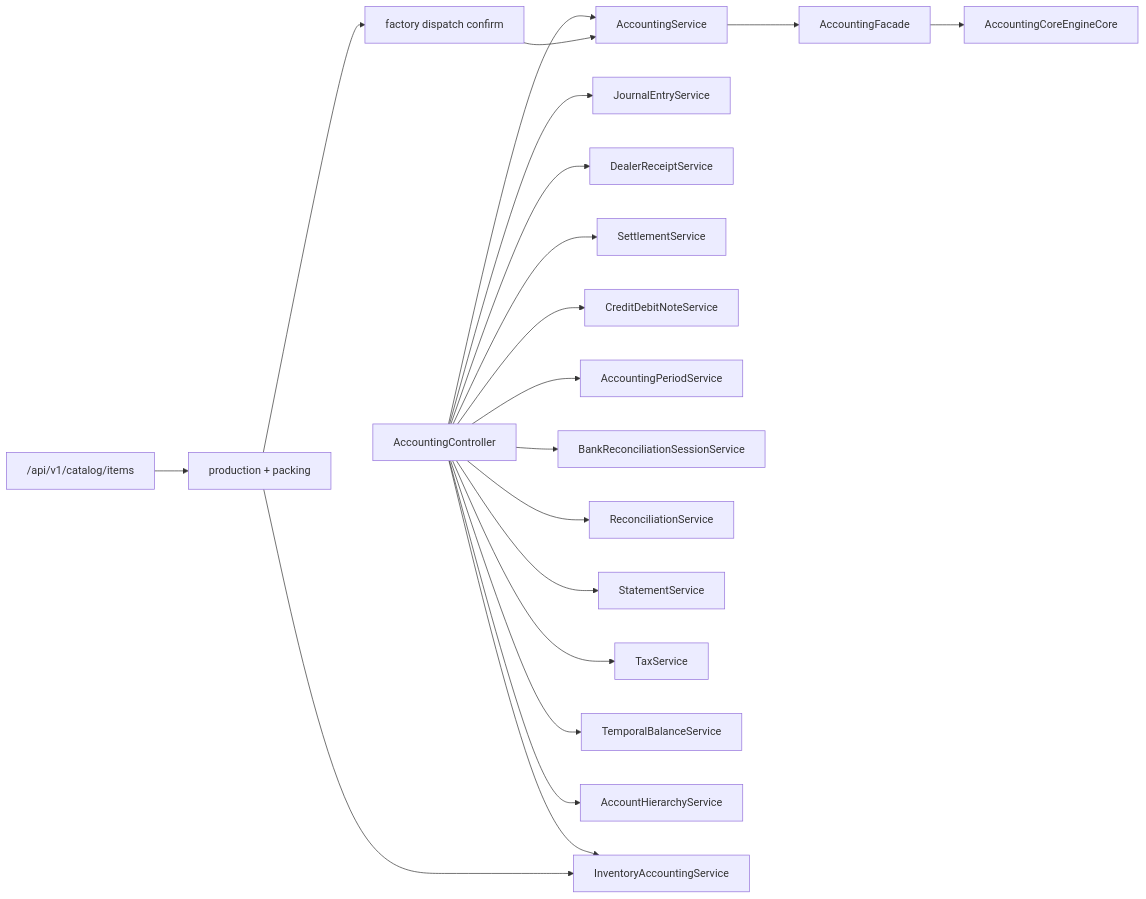
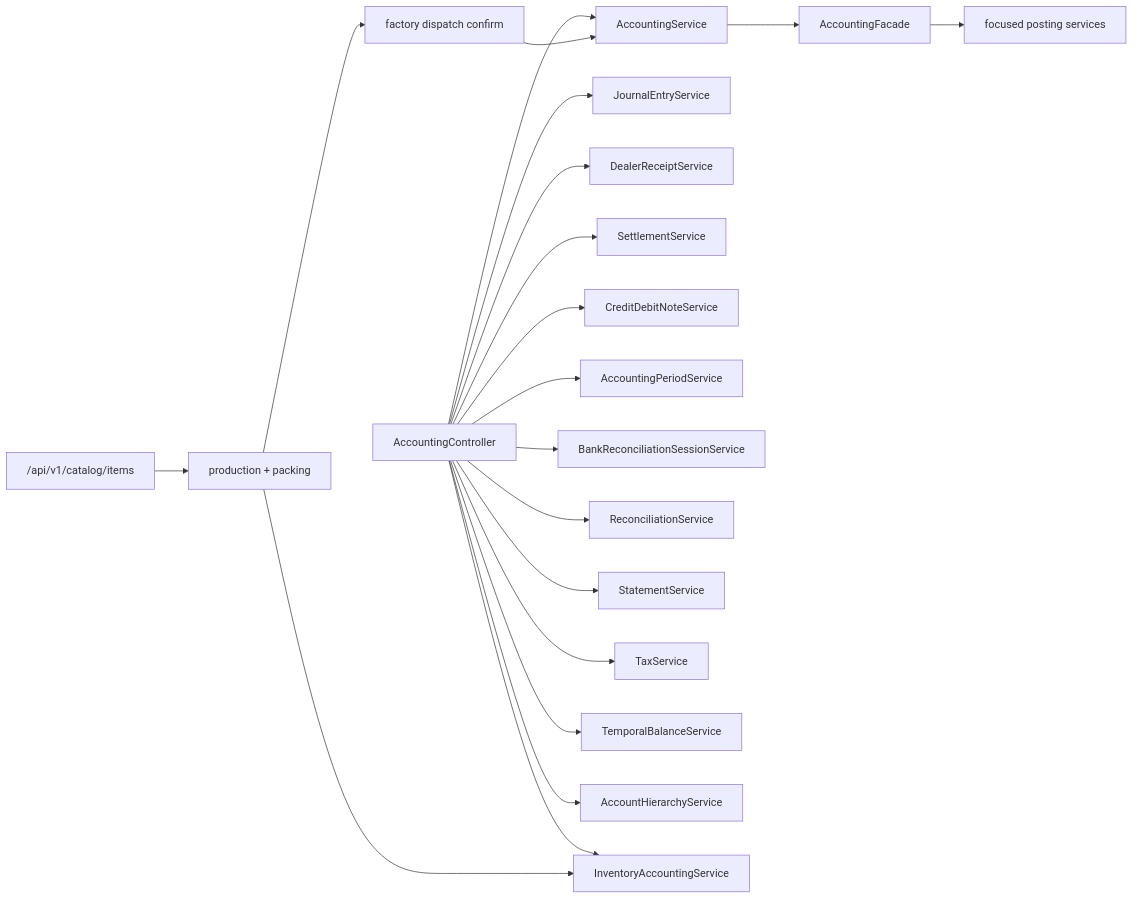
The diagram in docs/developer/accounting-flows/00-accounting-module-map.md (anasibnanwar-XYE/bigbrightpaints-erp), drawn with Mermaid before and after one commit. The commit also changed other lines of this file and 164 other files, not shown here.

````diff
--- a/docs/developer/accounting-flows/00-accounting-module-map.md
+++ b/docs/developer/accounting-flows/00-accounting-module-map.md
@@ -7,23 +7,23 @@
 ```mermaid
 flowchart LR
     AC["AccountingController"] --> AS["AccountingService"]
     AC --> JES["JournalEntryService"]
     AC --> DRS["DealerReceiptService"]
     AC --> SS["SettlementService"]
     AC --> CDN["CreditDebitNoteService"]
     AC --> APS["AccountingPeriodService"]
     AC --> BRS["BankReconciliationSessionService"]
     AC --> RS["ReconciliationService"]
     AC --> STS["StatementService"]
     AC --> TS["TaxService"]
     AC --> TBS["TemporalBalanceService"]
     AC --> AHS["AccountHierarchyService"]
     AC --> IAS["InventoryAccountingService"]
 
     SETUP["/api/v1/catalog/items"] --> FACT["production + packing"]
     FACT --> SALES["factory dispatch confirm"]
     FACT --> IAS
     SALES --> AS
     AS --> AFS["AccountingFacade"]
-    AFS --> ACE["AccountingCoreEngineCore"]
+    AFS --> POST["focused posting services"]
 ```
````
